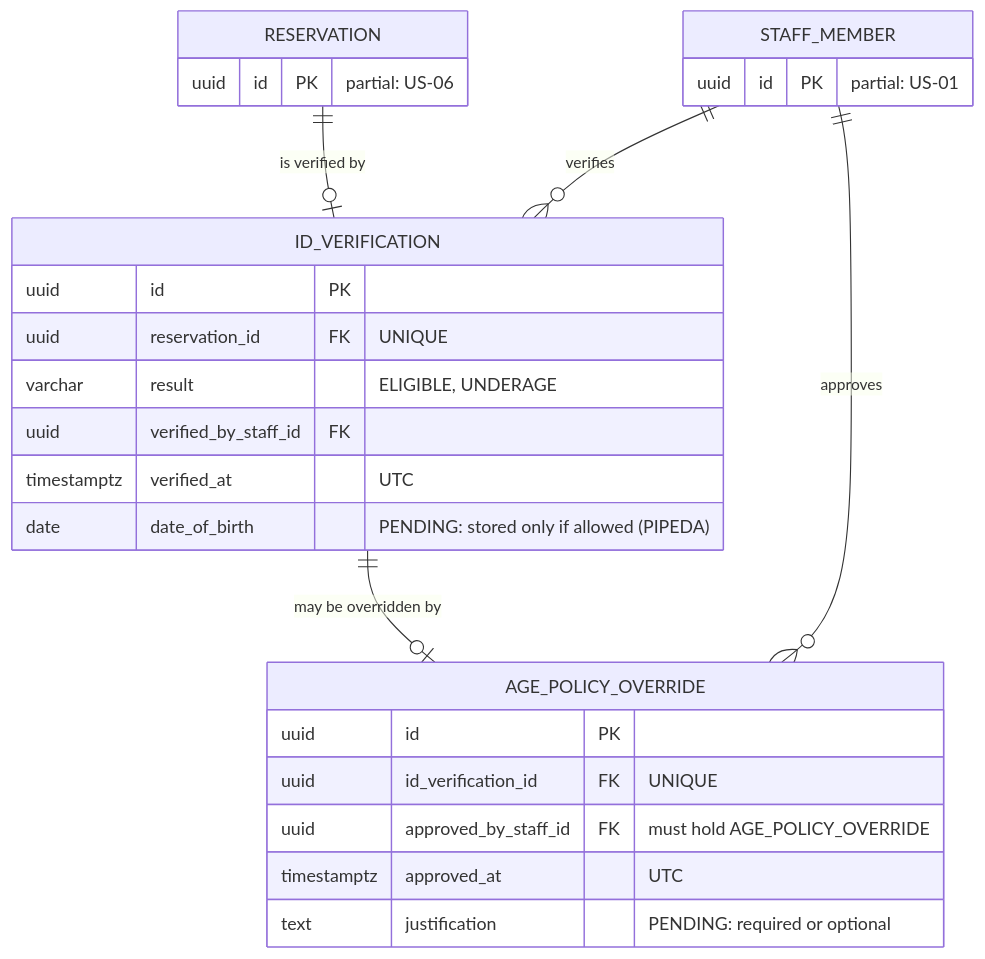
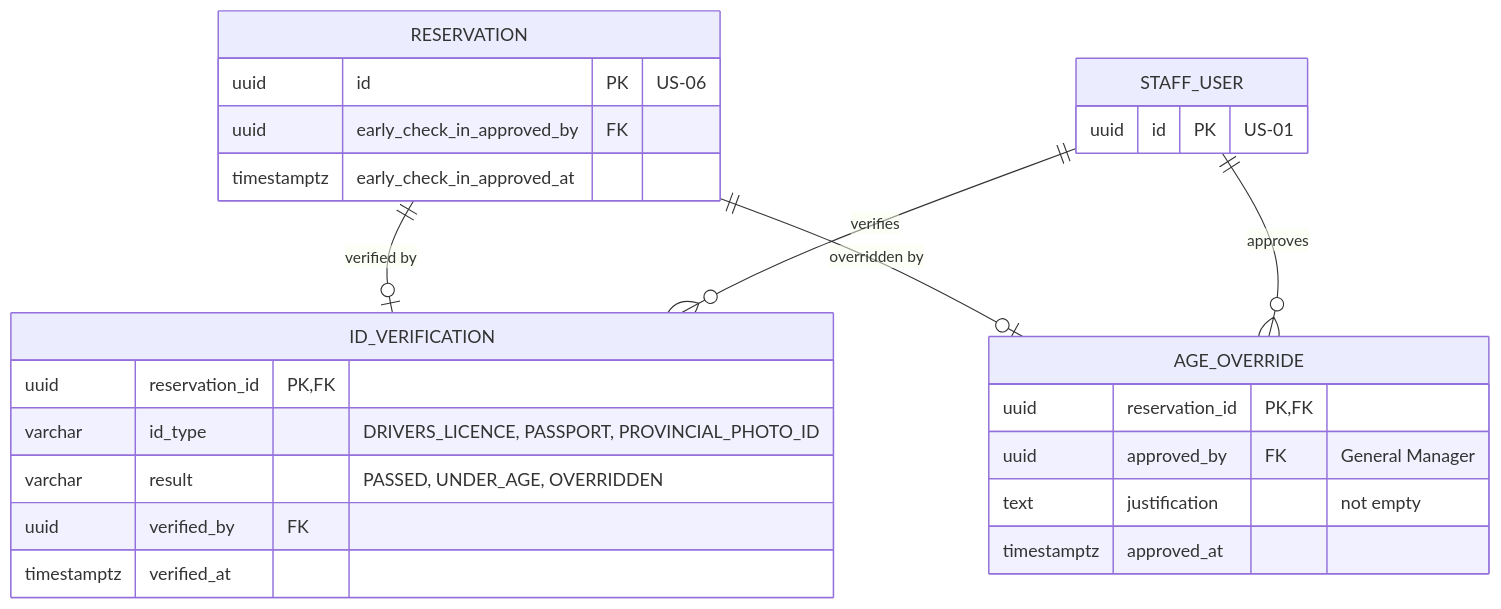
Before and after one commit to BraceroInSabot/Motel-Starmie: the second of 4 diagrams in docs/Initial Requirements/Diagrams/US-12 - Check-in with Age Verification.md, drawn with Mermaid. The commit also changed other lines of this file and 51 other files, not shown here.

````diff
--- a/docs/Initial Requirements/Diagrams/US-12 - Check-in with Age Verification.md
+++ b/docs/Initial Requirements/Diagrams/US-12 - Check-in with Age Verification.md
@@ -175,29 +154,29 @@
 ```mermaid
 erDiagram
-    RESERVATION ||--o| ID_VERIFICATION : "is verified by"
-    STAFF_MEMBER ||--o{ ID_VERIFICATION : "verifies"
-    ID_VERIFICATION ||--o| AGE_POLICY_OVERRIDE : "may be overridden by"
-    STAFF_MEMBER ||--o{ AGE_POLICY_OVERRIDE : "approves"
+    RESERVATION ||--o| ID_VERIFICATION : "verified by"
+    RESERVATION ||--o| AGE_OVERRIDE : "overridden by"
+    STAFF_USER ||--o{ ID_VERIFICATION : "verifies"
+    STAFF_USER ||--o{ AGE_OVERRIDE : "approves"
 
     ID_VERIFICATION {
-        uuid id PK
-        uuid reservation_id FK "UNIQUE"
-        varchar result "ELIGIBLE, UNDERAGE"
-        uuid verified_by_staff_id FK
-        timestamptz verified_at "UTC"
-        date date_of_birth "PENDING: stored only if allowed (PIPEDA)"
+        uuid reservation_id PK, FK
+        varchar id_type "DRIVERS_LICENCE, PASSPORT, PROVINCIAL_PHOTO_ID"
+        varchar result "PASSED, UNDER_AGE, OVERRIDDEN"
+        uuid verified_by FK
+        timestamptz verified_at
     }
-    AGE_POLICY_OVERRIDE {
-        uuid id PK
-        uuid id_verification_id FK "UNIQUE"
-        uuid approved_by_staff_id FK "must hold AGE_POLICY_OVERRIDE"
-        timestamptz approved_at "UTC"
-        text justification "PENDING: required or optional"
+    AGE_OVERRIDE {
+        uuid reservation_id PK, FK
+        uuid approved_by FK "General Manager"
+        text justification "not empty"
+        timestamptz approved_at
     }
     RESERVATION {
-        uuid id PK "partial: US-06"
+        uuid id PK "US-06"
+        uuid early_check_in_approved_by FK
+        timestamptz early_check_in_approved_at
     }
-    STAFF_MEMBER {
-        uuid id PK "partial: US-01"
+    STAFF_USER {
+        uuid id PK "US-01"
     }
 ```
````
